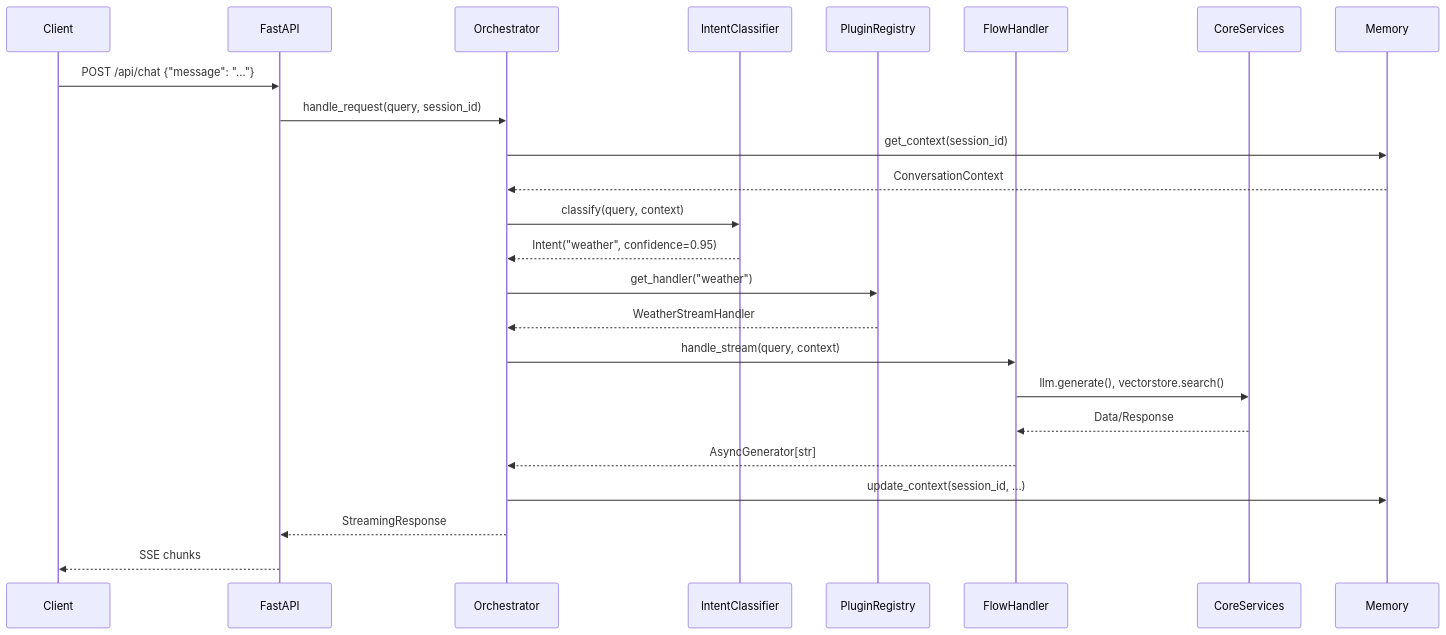
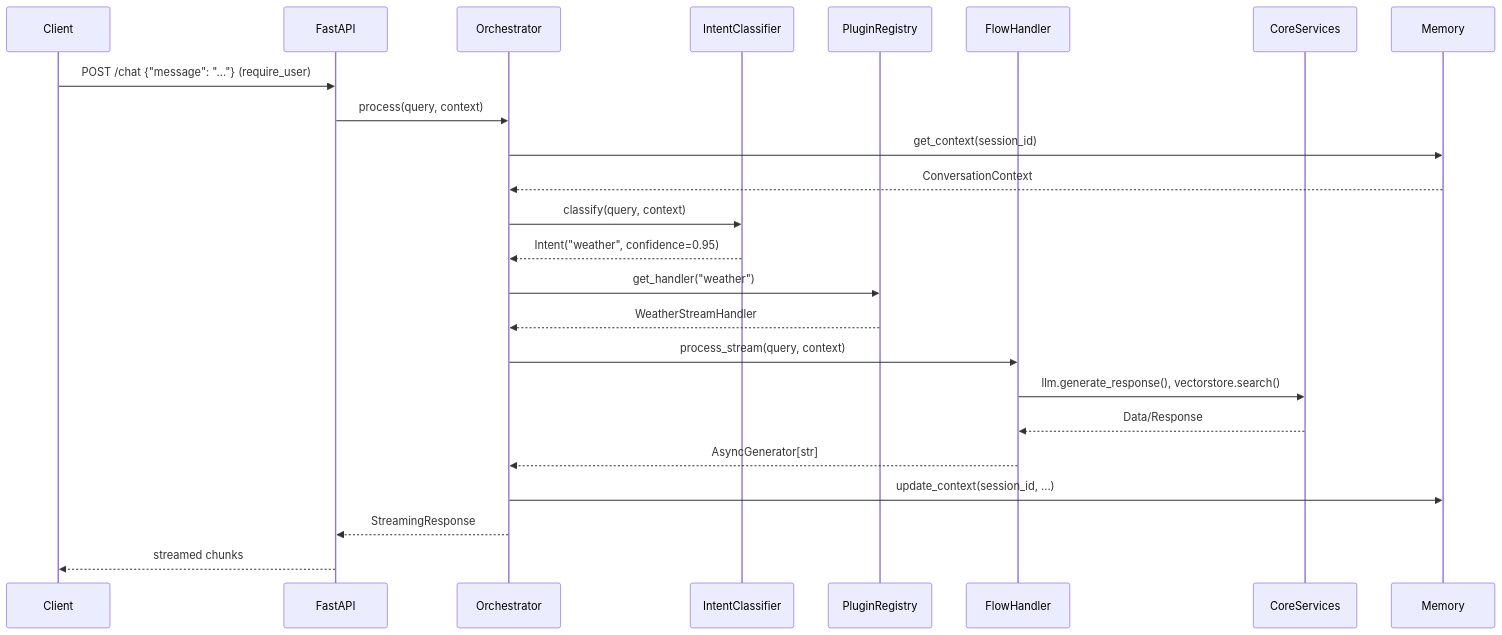
The first of 4 diagrams in mkdocs-site/docs/architecture/request-flow.md (baselithcore/plugin-baselithbot), drawn with Mermaid before and after one commit. The commit also changed other lines of this file and 68 other files, not shown here.

````diff
--- a/mkdocs-site/docs/architecture/request-flow.md
+++ b/mkdocs-site/docs/architecture/request-flow.md
@@ -13,27 +13,27 @@
 ```mermaid
 sequenceDiagram
     participant C as Client
     participant F as FastAPI
     participant O as Orchestrator
     participant I as IntentClassifier
     participant R as PluginRegistry
     participant H as FlowHandler
     participant S as CoreServices
     participant M as Memory
 
-    C->>F: POST /api/chat {"message": "..."}
-    F->>O: handle_request(query, session_id)
+    C->>F: POST /chat {"message": "..."} (require_user)
+    F->>O: process(query, context)
     O->>M: get_context(session_id)
     M-->>O: ConversationContext
     O->>I: classify(query, context)
     I-->>O: Intent("weather", confidence=0.95)
     O->>R: get_handler("weather")
     R-->>O: WeatherStreamHandler
-    O->>H: handle_stream(query, context)
-    H->>S: llm.generate(), vectorstore.search()
+    O->>H: process_stream(query, context)
+    H->>S: llm.generate_response(), vectorstore.search()
     S-->>H: Data/Response
     H-->>O: AsyncGenerator[str]
     O->>M: update_context(session_id, ...)
     O-->>F: StreamingResponse
-    F-->>C: SSE chunks
+    F-->>C: streamed chunks
 ```
````
